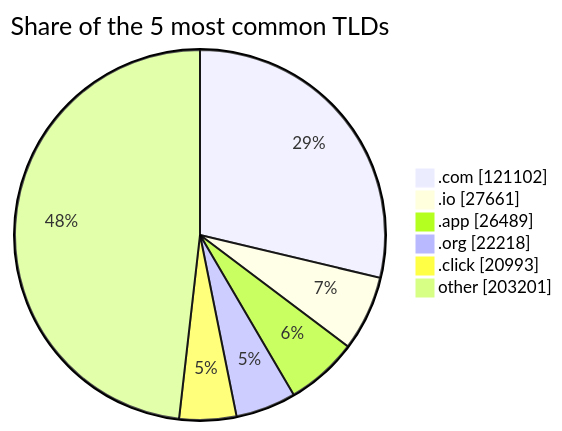
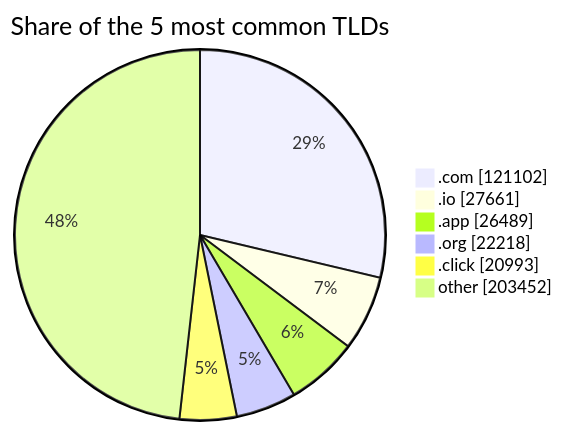
One commit to DNSBunker/CTI changed the third of 3 diagrams in README.md. Above: the diagram before and after it, drawn with Mermaid. The commit also changed other lines of this file and 3 other files, not shown here.

````diff
--- a/README.md
+++ b/README.md
@@ -81,9 +81,9 @@
 ```mermaid
 pie showData title Share of the 5 most common TLDs
     ".com" : 121102
     ".io" : 27661
     ".app" : 26489
     ".org" : 22218
     ".click" : 20993
-    "other" : 203201
+    "other" : 203452
 ```
````
